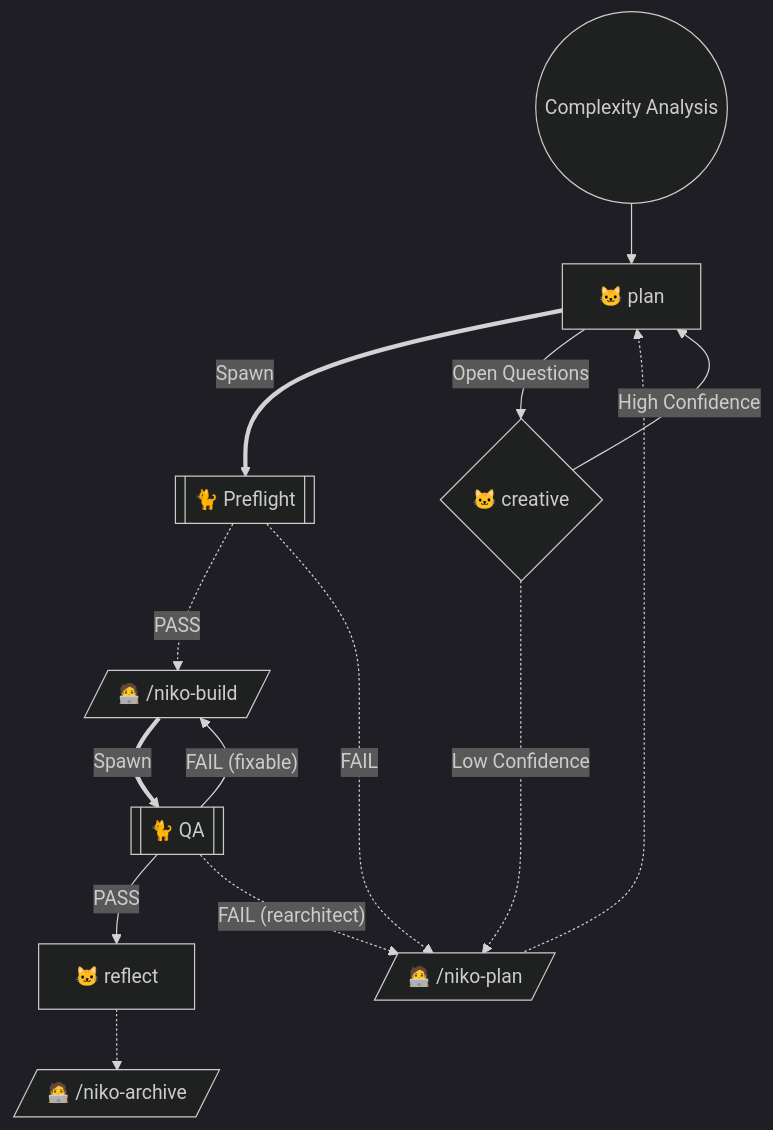
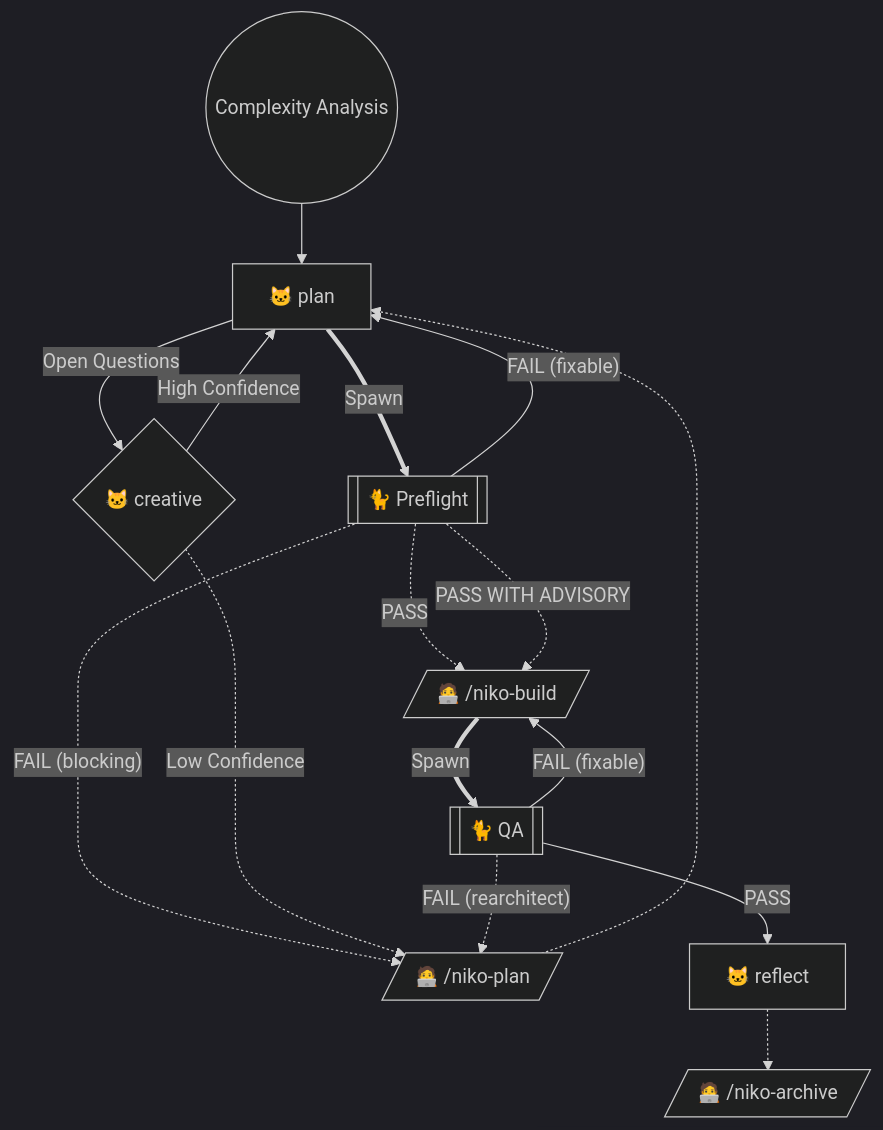
One commit to Texarkanine/.cursor-rules changed the diagram in rulesets/niko/skills/niko/references/level3/level3-workflow.md. Above: the diagram before and after it, drawn with Mermaid (dark theme). The commit also changed other lines of this file and 8 other files, not shown here.

````diff
--- a/rulesets/niko/skills/niko/references/level3/level3-workflow.md
+++ b/rulesets/niko/skills/niko/references/level3/level3-workflow.md
@@ -9,19 +9,21 @@
 ```mermaid
 graph TD
     Start(("Complexity Analysis")) --> NikoPlan["🐱 plan"]
     NikoPlan ==Spawn==> NikoPreflight[["🐈 Preflight"]]
     NikoPreflight -.->|"PASS"| ManualBuild[/"🧑‍💻 /niko-build"/]
-    NikoPreflight -.->|"FAIL"| ManualPlan[/"🧑‍💻 /niko-plan"/]
+    NikoPreflight -.->|"PASS WITH ADVISORY"| ManualBuild
+    NikoPreflight -->|"FAIL (fixable)"| NikoPlan
+    NikoPreflight -.->|"FAIL (blocking)"| ManualPlan[/"🧑‍💻 /niko-plan"/]
 
     NikoPlan -->|"Open Questions"| NikoCreative{"🐱 creative"}
     NikoCreative -->|"High Confidence"| NikoPlan
     NikoCreative -.->|"Low Confidence"| ManualPlan
 
     ManualBuild ==Spawn==> NikoQA[["🐈 QA"]]
     NikoQA -->|"PASS"| NikoReflect["🐱 reflect"]
     NikoReflect -.-> ManualArchive[/"🧑‍💻 /niko-archive"/]
     NikoQA -->|"FAIL (fixable)"| ManualBuild
     NikoQA -.->|"FAIL (rearchitect)"| ManualPlan
 
     ManualPlan -.-> NikoPlan
 ```
````
